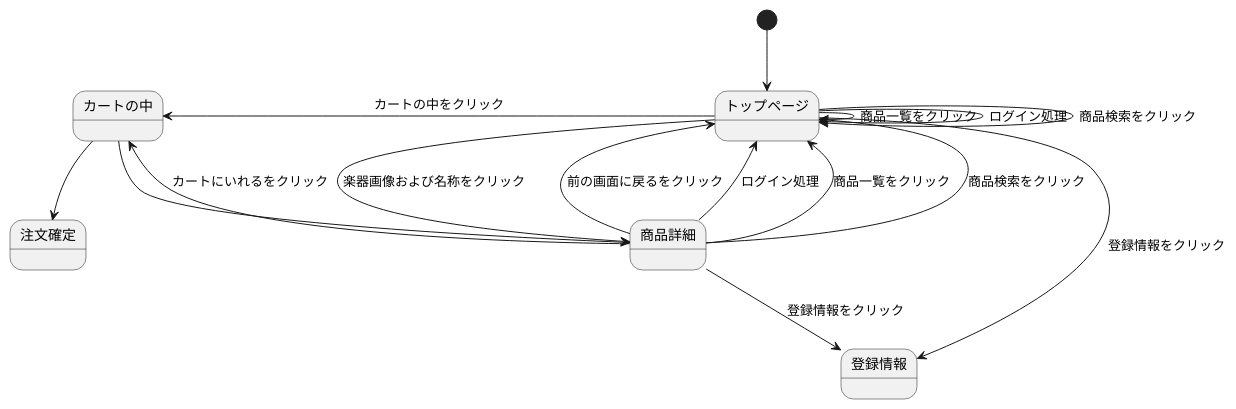
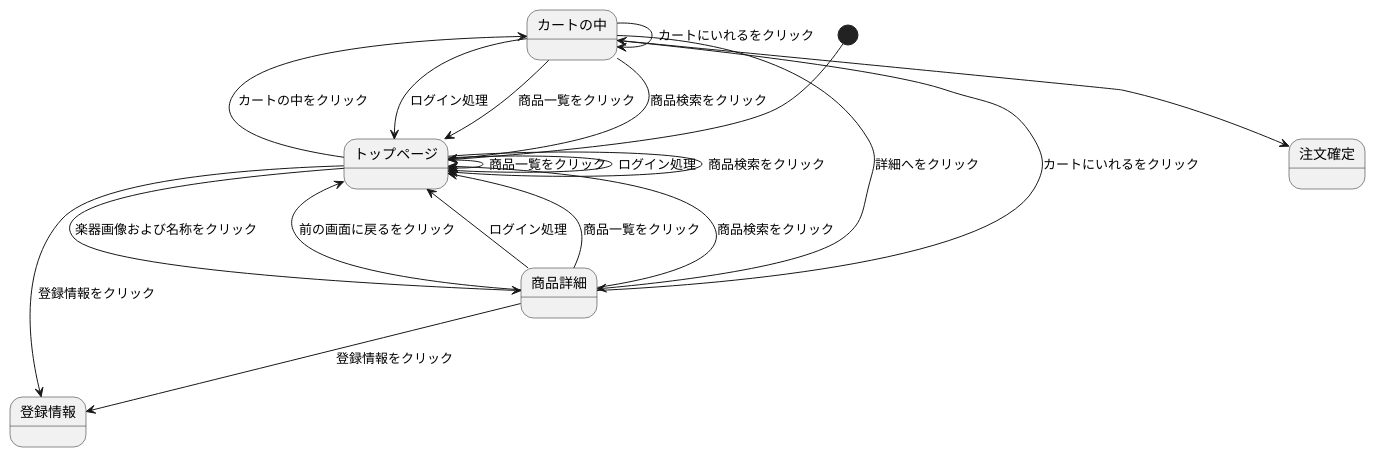
One commit to Aso2001374/2021sys-design changed the second of 3 diagrams in stm01.md. Above: the diagram before and after it, drawn with PlantUML.

````diff
--- a/stm01.md
+++ b/stm01.md
@@ -15,21 +15,27 @@
 ```uml
 @startuml
 [*] --> トップページ
 トップページ--> トップページ : 商品一覧をクリック
 トップページ--> トップページ : ログイン処理
 トップページ--> トップページ : 商品検索をクリック
 トップページ-left-> カートの中 : カートの中をクリック
 トップページ--> 登録情報 : 登録情報をクリック
 トップページ--> 商品詳細 : 楽器画像および名称をクリック
 
 商品詳細--> カートの中 : カートにいれるをクリック
 商品詳細--> トップページ : 前の画面に戻るをクリック
 商品詳細--> トップページ : ログイン処理
 商品詳細--> トップページ : 商品一覧をクリック
 商品詳細--> トップページ : 商品検索をクリック
 商品詳細--> 登録情報 : 登録情報をクリック
 
-カートの中 --> 商品詳細
+カートの中 --> 商品詳細 : 詳細へをクリック
+カートの中 --> トップページ : ログイン処理
+カートの中 --> トップページ : 商品一覧をクリック
+カートの中 --> トップページ : 商品検索をクリック
+カートの中 --> カートの中 : カートにいれるをクリック
+
+
 カートの中-->注文確定
 @enduml
 ```
````
